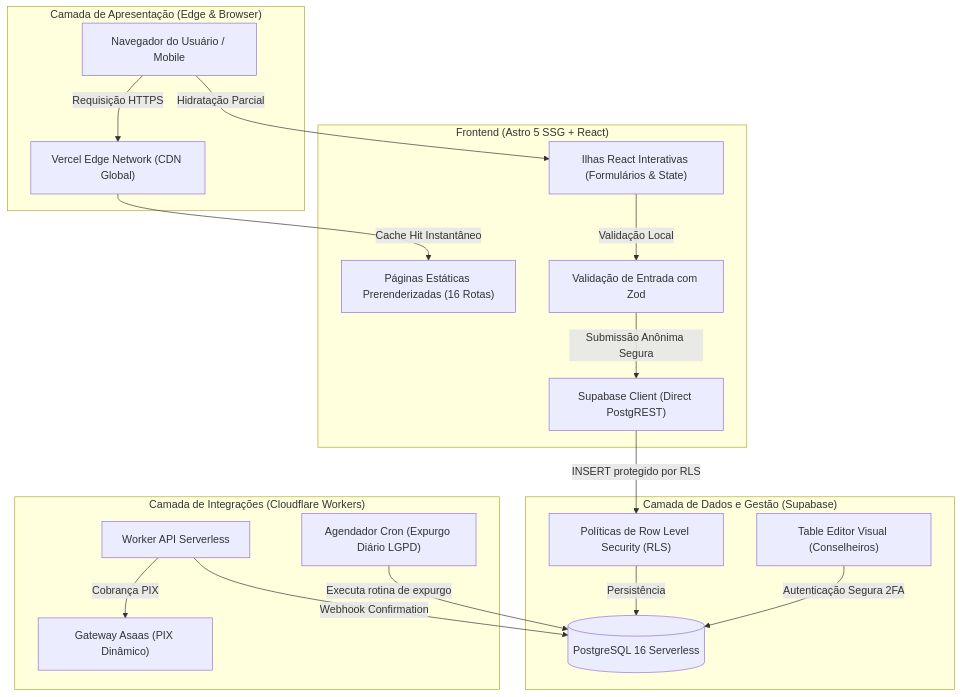
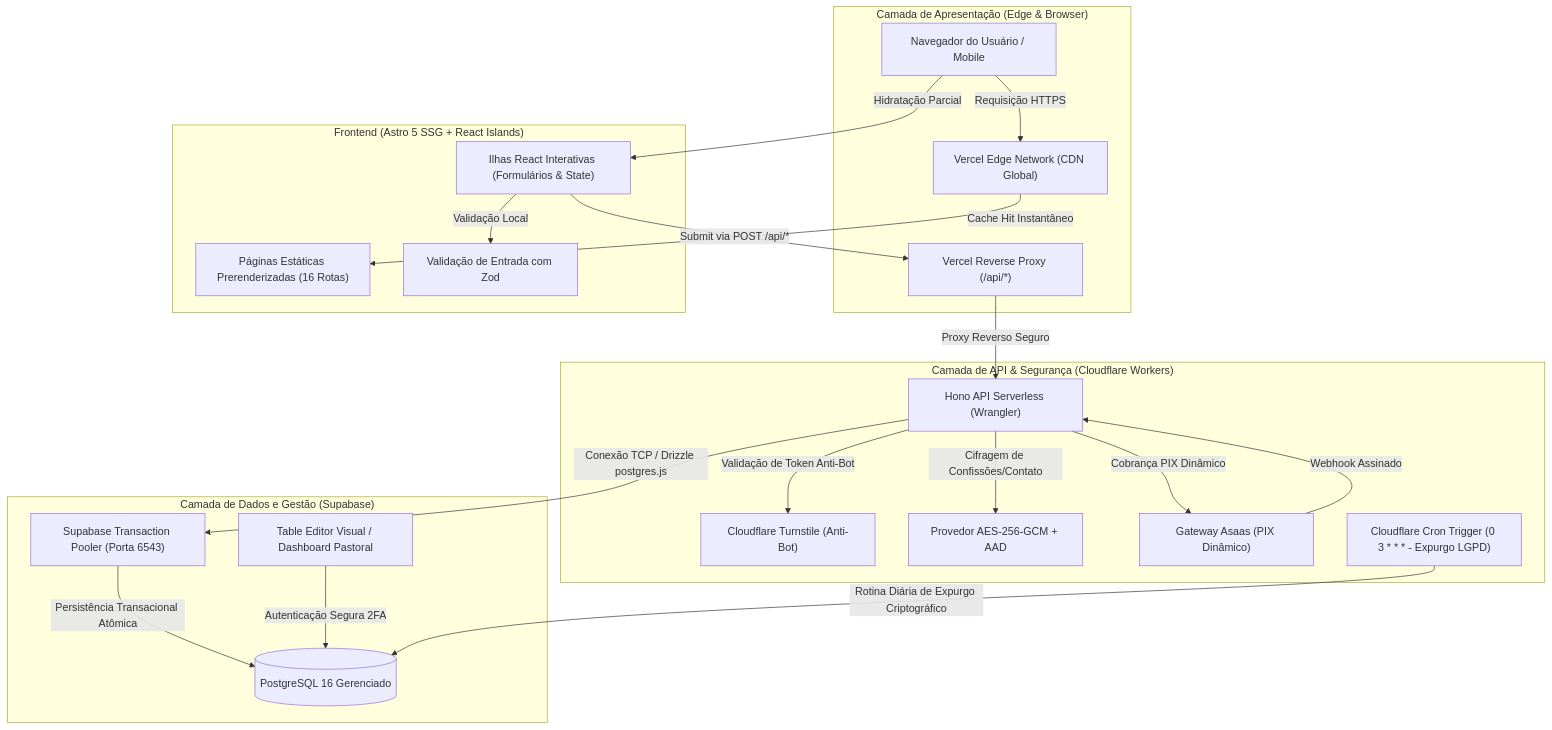
Before and after one commit to purelifeministriesbrasil/documentation: the diagram in docs/architecture/system-overview.md, drawn with Mermaid. The commit also changed other lines of this file and 7 other files, not shown here.

````diff
--- a/docs/architecture/system-overview.md
+++ b/docs/architecture/system-overview.md
@@ -9,40 +9,46 @@
 ```mermaid
 flowchart TD
     subgraph Clients["Camada de Apresentação (Edge & Browser)"]
         Browser["Navegador do Usuário / Mobile"]
         VercelEdge["Vercel Edge Network (CDN Global)"]
+        VercelProxy["Vercel Reverse Proxy (/api/*)"]
     end
 
-    subgraph App["Frontend (Astro 5 SSG + React)"]
+    subgraph App["Frontend (Astro 5 SSG + React Islands)"]
         Pages["Páginas Estáticas Prerenderizadas (16 Rotas)"]
         Islands["Ilhas React Interativas (Formulários & State)"]
         ZodSchemas["Validação de Entrada com Zod"]
-        SupabaseClient["Supabase Client (Direct PostgREST)"]
+    end
+
+    subgraph IntegrationLayer["Camada de API & Segurança (Cloudflare Workers)"]
+        WorkerAPI["Hono API Serverless (Wrangler)"]
+        Turnstile["Cloudflare Turnstile (Anti-Bot)"]
+        CryptoProvider["Provedor AES-256-GCM + AAD"]
+        AsaasGateway["Gateway Asaas (PIX Dinâmico)"]
+        CronJob["Cloudflare Cron Trigger (0 3 * * * - Expurgo LGPD)"]
     end
 
     subgraph DataPlatform["Camada de Dados e Gestão (Supabase)"]
-        PostgresDB[(PostgreSQL 16 Serverless)]
-        RLSPolicies["Políticas de Row Level Security (RLS)"]
-        PastoralUI["Table Editor Visual (Conselheiros)"]
-    end
-
-    subgraph IntegrationLayer["Camada de Integrações (Cloudflare Workers)"]
-        WorkerAPI["Worker API Serverless"]
-        AsaasGateway["Gateway Asaas (PIX Dinâmico)"]
-        CronJob["Agendador Cron (Expurgo Diário LGPD)"]
+        PgBouncer["Supabase Transaction Pooler (Porta 6543)"]
+        PostgresDB[(PostgreSQL 16 Gerenciado)]
+        PastoralUI["Table Editor Visual / Dashboard Pastoral"]
     end
 
     Browser -->|Requisição HTTPS| VercelEdge
     VercelEdge -->|Cache Hit Instantâneo| Pages
     Browser -->|Hidratação Parcial| Islands
     Islands -->|Validação Local| ZodSchemas
-    ZodSchemas -->|Submissão Anônima Segura| SupabaseClient
-    SupabaseClient -->|INSERT protegido por RLS| RLSPolicies
-    RLSPolicies -->|Persistência| PostgresDB
+    Islands -->|Submit via POST /api/*| VercelProxy
+    VercelProxy -->|Proxy Reverso Seguro| WorkerAPI
+
+    WorkerAPI -->|Validação de Token Anti-Bot| Turnstile
+    WorkerAPI -->|Cifragem de Confissões/Contato| CryptoProvider
+    WorkerAPI -->|Conexão TCP / Drizzle postgres.js| PgBouncer
+    PgBouncer -->|Persistência Transacional Atômica| PostgresDB
 
     PastoralUI -->|Autenticação Segura 2FA| PostgresDB
 
-    WorkerAPI -->|Webhook Confirmation| PostgresDB
-    WorkerAPI -->|Cobrança PIX| AsaasGateway
-    CronJob -->|Executa rotina de expurgo| PostgresDB
+    WorkerAPI -->|Cobrança PIX Dinâmico| AsaasGateway
+    AsaasGateway -->|Webhook Assinado| WorkerAPI
+    CronJob -->|Rotina Diária de Expurgo Criptográfico| PostgresDB
 ```
````
